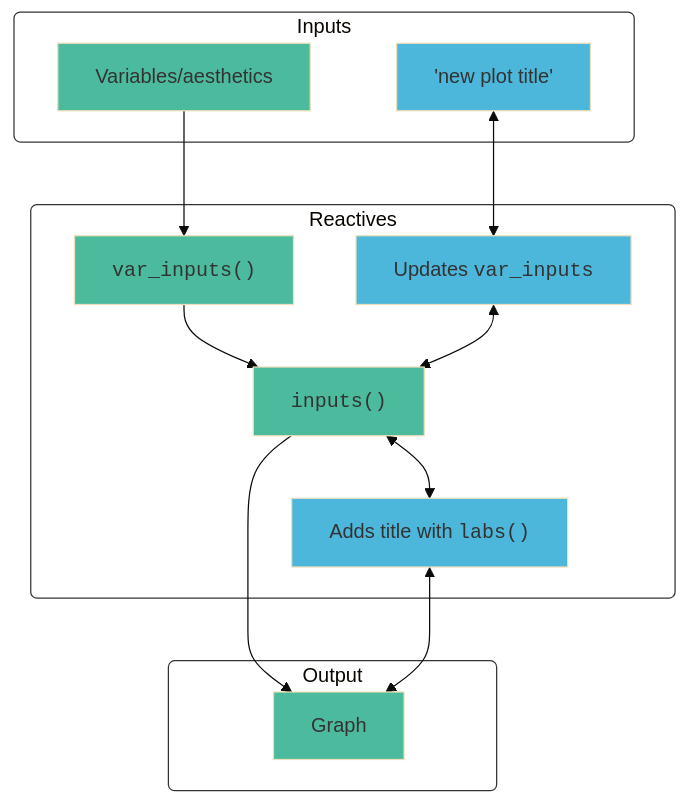
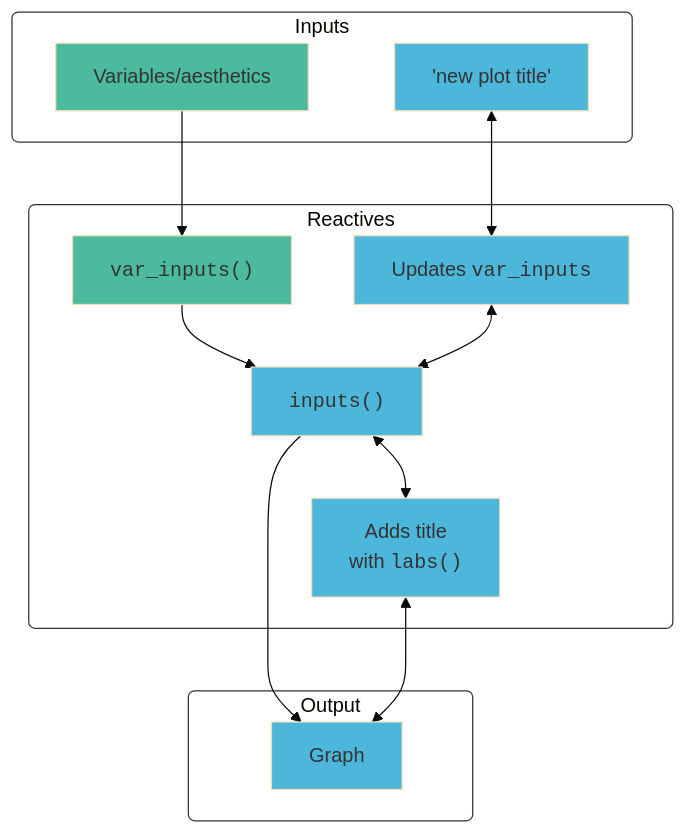
Before and after one commit to mjfrigaard/shiny-app-pkgs: the second of 3 diagrams in debug.qmd, drawn with Mermaid. The commit also changed other lines of this file and 32 other files, not shown here.

Commit message:
updates to debugging mermaid charts

````diff
--- a/debug.qmd
+++ b/debug.qmd
@@ -337,42 +349,41 @@
 ```{mermaid}
 %%| label: function_exec_browser
-%%| fig-width: 5
-%%| fig-height: 6
 %%| fig-align: center
 %%| fig-cap: '*Updating the plot title*'
 %%{init: {'theme': 'base', 'themeVariables': { 'fontFamily': 'monospace'}}}%%
 flowchart TD
     subgraph Inputs["Inputs"]
         VarInput[Variables/aesthetics]
         TitleInput["'new plot title'"]
         
     end
     subgraph React["Reactives"]
         R1["<code>var_inputs()</code> "]
         R2["<code>inputs()</code>"]
         R3["Updates <code>var_inputs</code>"]
-        R4["Adds  title with <code>labs()</code>"]
+        R4["Adds title 
+            with <code>labs()</code>"]
     end
     subgraph Output["Output"]
         O1[Graph]
     end
     VarInput --> R1
     TitleInput <--> R3
     R1 --> R2
     R2 <--> R4
     R3 <--> R2
     R2 --> O1
     R4 <--> O1
 
 
     style Inputs fill:#FFFFFF,stroke:#333,stroke-width:1px,rx:5,ry:5
     style React fill:#FFFFFF,stroke:#333,stroke-width:1px,rx:5,ry:5
     style Output fill:#FFFFFF,stroke:#333,stroke-width:1px,rx:5,ry:5
     style VarInput fill:#4CBB9D
     style TitleInput fill:#4CB7DB
     style R1 fill:#4CBB9D
-    style R2 fill:#4CBB9D
+    style R2 fill:#4CB7DB
     style R3 fill:#4CB7DB
     style R4 fill:#4CB7DB
-    style O1 fill:#4CBB9D
+    style O1 fill:#4CB7DB
 ```
````
